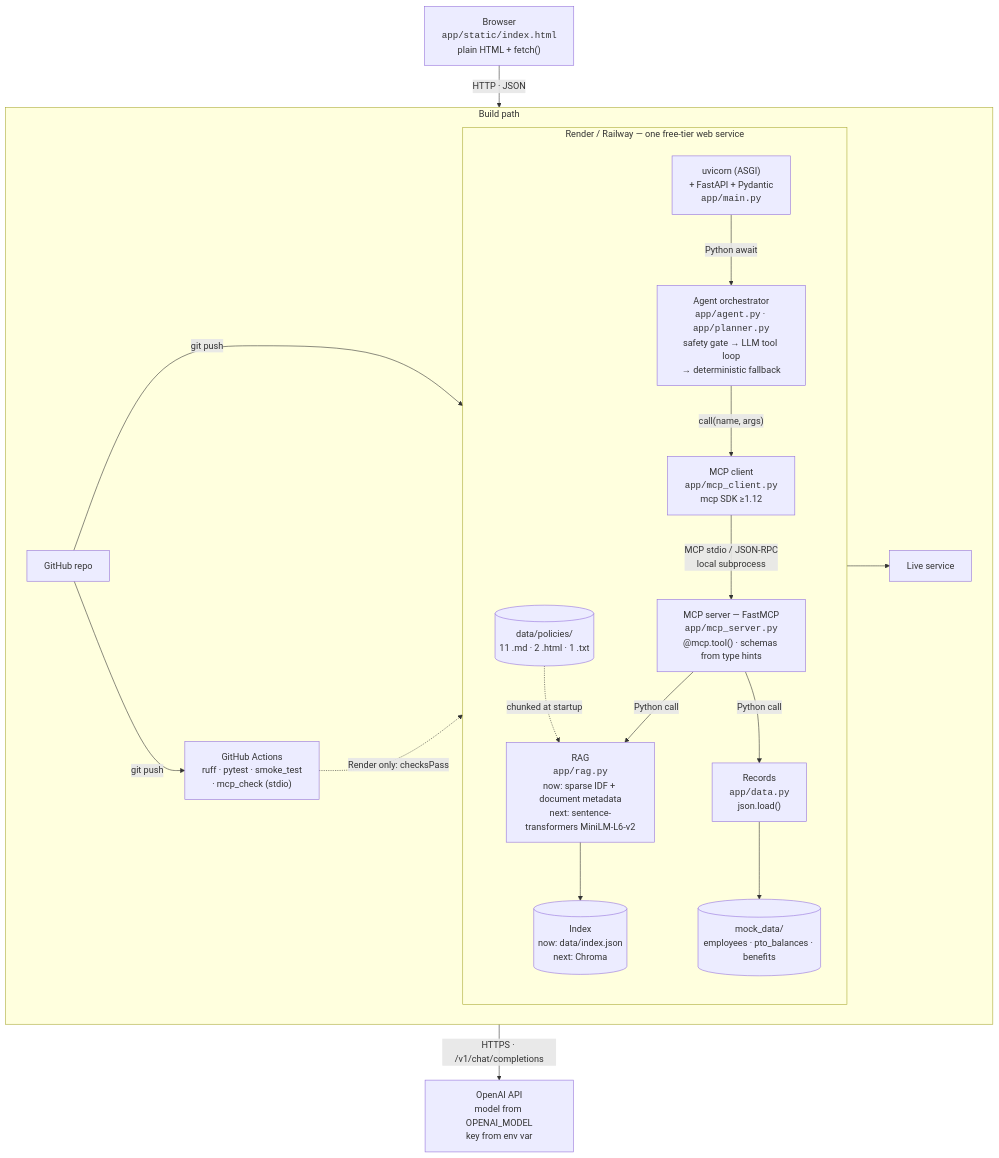
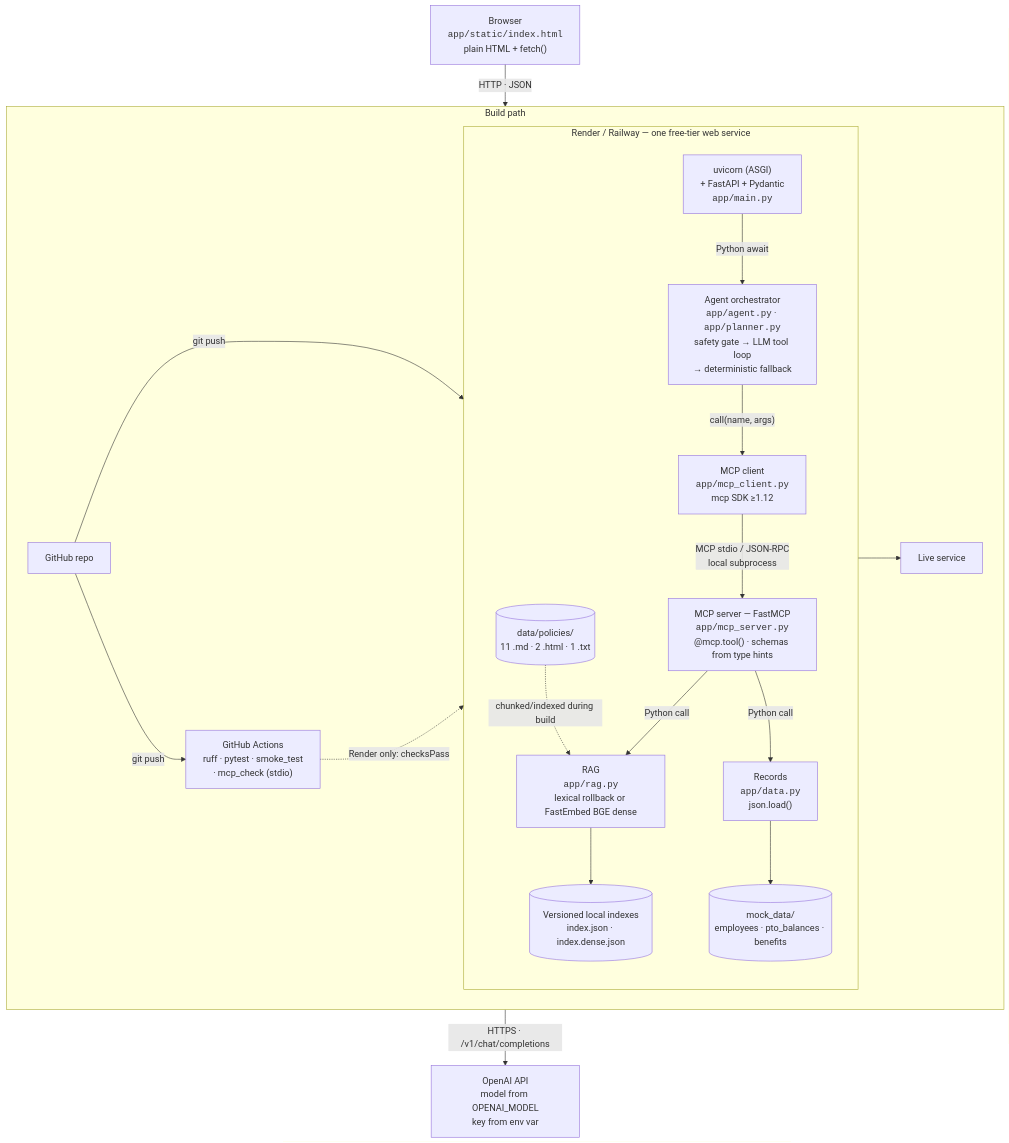
Before and after one commit to mehdihamid1/prj: the second of 2 diagrams in design-and-evaluation.md, drawn with Mermaid. The commit also changed other lines of this file and 24 other files, not shown here.

Commit message:
Add deploy-safe dense RAG option

````diff
--- a/design-and-evaluation.md
+++ b/design-and-evaluation.md
@@ -69,38 +69,38 @@
 ```mermaid
 flowchart TB
     browser["Browser<br/><code>app/static/index.html</code><br/>plain HTML + fetch()"]
 
     subgraph host["Render / Railway — one free-tier web service"]
         direction TB
         server["uvicorn (ASGI)<br/>+ FastAPI + Pydantic<br/><code>app/main.py</code>"]
         orch["Agent orchestrator<br/><code>app/agent.py</code> · <code>app/planner.py</code><br/>safety gate → LLM tool loop<br/>→ deterministic fallback"]
         mcpc["MCP client<br/><code>app/mcp_client.py</code><br/>mcp SDK ≥1.12"]
         mcps["MCP server — FastMCP<br/><code>app/mcp_server.py</code><br/>@mcp.tool() · schemas from type hints"]
-        rag["RAG<br/><code>app/rag.py</code><br/>now: sparse IDF + document metadata<br/>next: sentence-transformers MiniLM-L6-v2"]
-        idx[("Index<br/>now: data/index.json<br/>next: Chroma")]
+        rag["RAG<br/><code>app/rag.py</code><br/>lexical rollback or FastEmbed BGE dense"]
+        idx[("Versioned local indexes<br/>index.json · index.dense.json")]
         data["Records<br/><code>app/data.py</code><br/>json.load()"]
         files[("mock_data/<br/>employees · pto_balances · benefits")]
         corpus[("data/policies/<br/>11 .md · 2 .html · 1 .txt")]
     end
 
     llm["OpenAI API<br/>model from OPENAI_MODEL<br/>key from env var"]
 
     browser -->|"HTTP · JSON"| server
     server -->|"Python await"| orch
     orch -->|"HTTPS · /v1/chat/completions"| llm
     orch -->|"call(name, args)"| mcpc
     mcpc -->|"MCP stdio / JSON-RPC<br/>local subprocess"| mcps
     mcps -->|"Python call"| rag
     mcps -->|"Python call"| data
     rag --> idx
     data --> files
-    corpus -. "chunked at startup" .-> rag
+    corpus -. "chunked/indexed during build" .-> rag
 
     subgraph build["Build path"]
         direction LR
         repo["GitHub repo"] -->|"git push"| ci["GitHub Actions<br/>ruff · pytest · smoke_test<br/>· mcp_check (stdio)"]
         repo -->|"git push"| host["Render / Railway build<br/>pip install && pytest<br/>build fails ⇒ no deploy"]
         ci -. "Render only: checksPass" .-> host
         host --> deploy["Live service"]
     end
 ```
````
